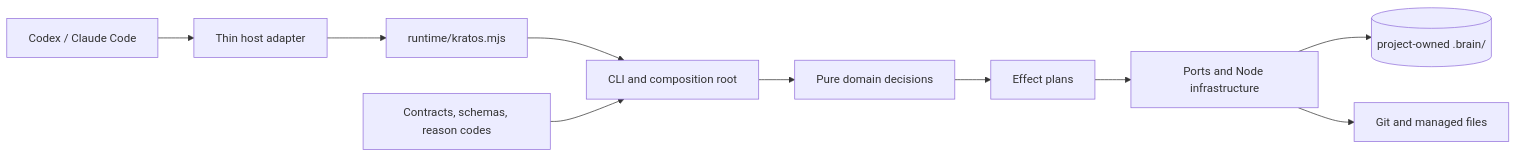
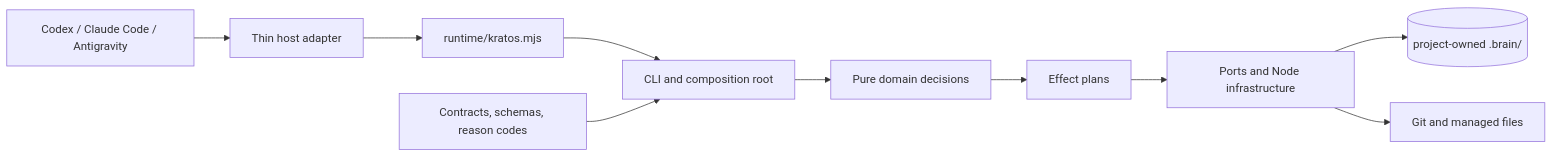
The first of 2 diagrams in README.md (thiagocorreanet/kratos-harness), drawn with Mermaid before and after one commit. The commit also changed other lines of this file and 8 other files, not shown here.

Commit message:
docs(parity): update host parity matrices, docs, and complete verification for antigravity

````diff
--- a/README.md
+++ b/README.md
@@ -50,12 +50,12 @@
 ```mermaid
 flowchart LR
-    H["Codex / Claude Code"] --> A["Thin host adapter"]
+    H["Codex / Claude Code / Antigravity"] --> A["Thin host adapter"]
     A --> E["runtime/kratos.mjs"]
     E --> C["CLI and composition root"]
     K["Contracts, schemas, reason codes"] --> C
     C --> D["Pure domain decisions"]
     D --> P["Effect plans"]
     P --> I["Ports and Node infrastructure"]
     I --> B[("project-owned .brain/")]
     I --> G["Git and managed files"]
 ```
````
